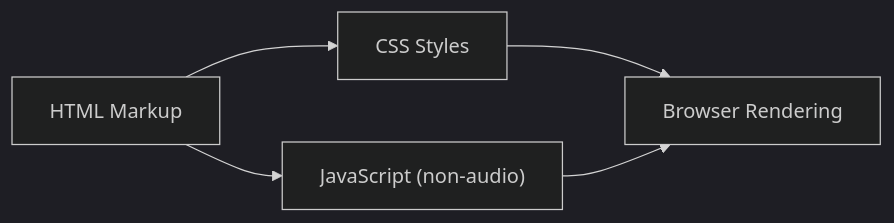
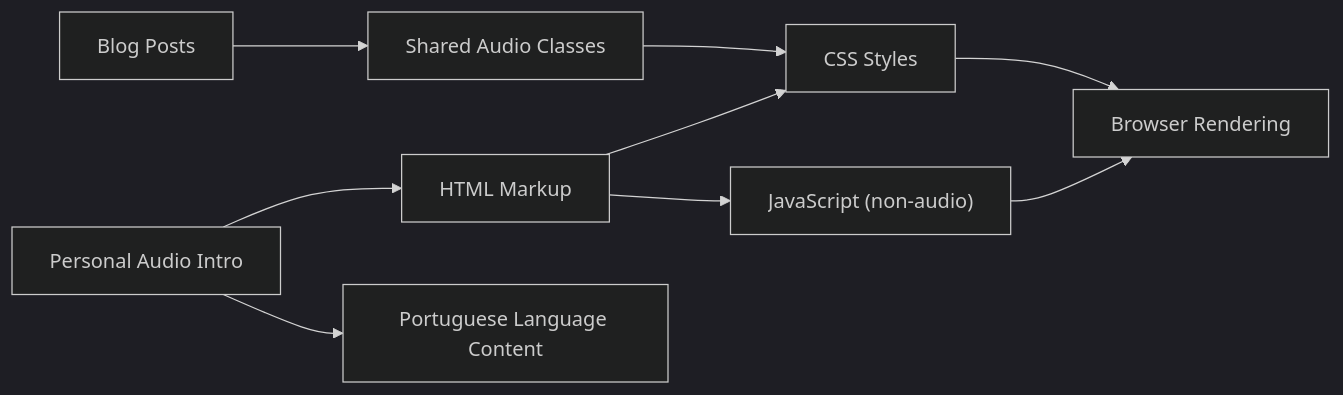
Before and after one commit to lynchip/graduates: the seventh of 7 diagrams in .qoder/repowiki/en/content/Core Features/Audio Pronunciation System.md, drawn with Mermaid (dark theme). The commit also changed other lines of this file and 12 other files, not shown here.

````diff
--- a/.qoder/repowiki/en/content/Core Features/Audio Pronunciation System.md
+++ b/.qoder/repowiki/en/content/Core Features/Audio Pronunciation System.md
@@ -225,7 +315,11 @@
 ```mermaid
 graph LR
 HTML["HTML Markup"] --> CSS["CSS Styles"]
 HTML --> JS["JavaScript (non-audio)"]
 CSS --> Browser["Browser Rendering"]
 JS --> Browser
+BlogPosts["Blog Posts"] --> SharedCSS["Shared Audio Classes"]
+SharedCSS --> CSS
+PersonalIntro["Personal Audio Intro"] --> HTML
+PersonalIntro --> PortugueseContent["Portuguese Language Content"]
 ```
````
